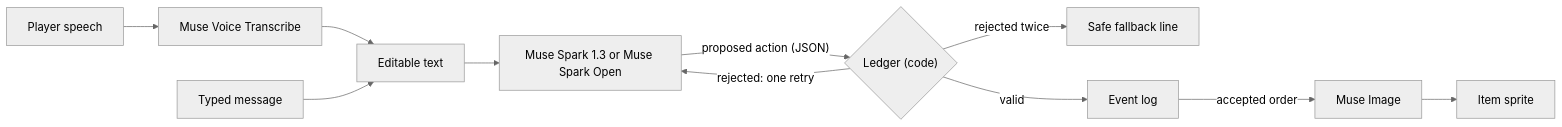
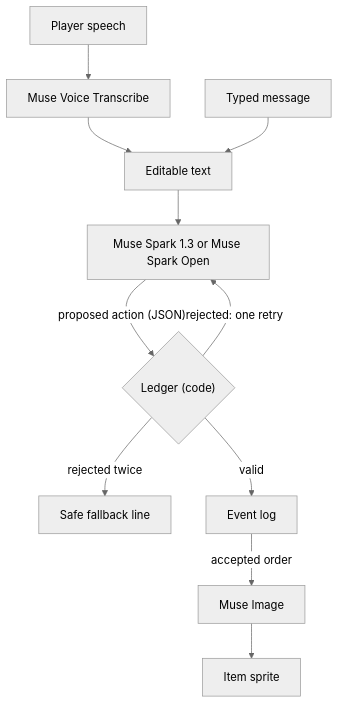
The diagram in README.md (petar227p/npc-workshop), drawn with Mermaid (neutral theme) before and after one commit.

Commit message:
Lay out the README diagram top-down so it stays readable

````diff
--- a/README.md
+++ b/README.md
@@ -65,13 +65,13 @@
 ```mermaid
-flowchart LR
+flowchart TD
     Speech["Player speech"] --> Voice["Muse Voice Transcribe"]
     Voice --> Text["Editable text"]
     Typed["Typed message"] --> Text
     Text --> Model["Muse Spark 1.3 or Muse Spark Open"]
     Model -->|"proposed action (JSON)"| Ledger{"Ledger (code)"}
     Ledger -->|"rejected: one retry"| Model
     Ledger -->|"rejected twice"| Fallback["Safe fallback line"]
     Ledger -->|"valid"| Events["Event log"]
     Events -->|"accepted order"| Image["Muse Image"]
     Image --> Sprite["Item sprite"]
 ```
````
